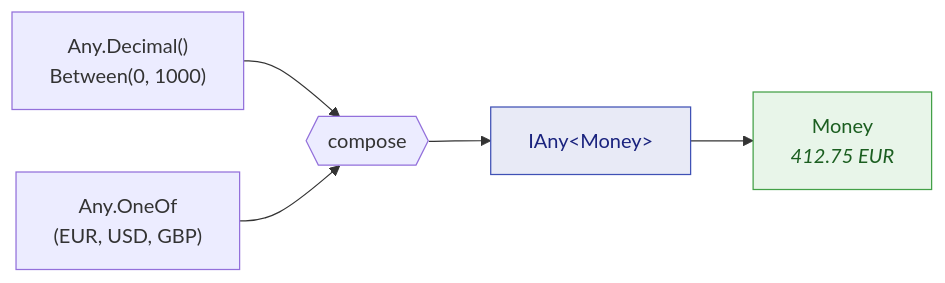
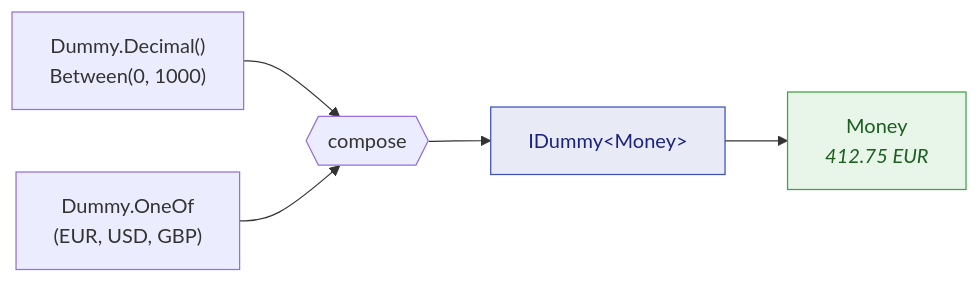
Before and after one commit to Reefact/just-dummies: the diagram in doc/handwritten/for-users/guides/composition.en.md, drawn with Mermaid. The commit also changed other lines of this file and 755 other files, not shown here.

````diff
--- a/doc/handwritten/for-users/guides/composition.en.md
+++ b/doc/handwritten/for-users/guides/composition.en.md
@@ -38,11 +38,11 @@
 ```mermaid
 flowchart LR
-    accTitle: How Any.Combine composes two generators into one
-    accDescr: A decimal generator bounded between 0 and 1000 and a choice among EUR, USD and GBP are composed into one IAny of Money, which draws a Money such as 412.75 EUR.
-    A["Any.Decimal()<br/>Between(0, 1000)"] --> C{{"compose"}}
-    B["Any.OneOf<br/>(EUR, USD, GBP)"] --> C
-    C --> M["IAny&lt;Money&gt;"]
+    accTitle: How Dummy.Combine composes two generators into one
+    accDescr: A decimal generator bounded between 0 and 1000 and a choice among EUR, USD and GBP are composed into one IDummy of Money, which draws a Money such as 412.75 EUR.
+    A["Dummy.Decimal()<br/>Between(0, 1000)"] --> C{{"compose"}}
+    B["Dummy.OneOf<br/>(EUR, USD, GBP)"] --> C
+    C --> M["IDummy&lt;Money&gt;"]
     M --> V["Money<br/><i>412.75 EUR</i>"]
     style M fill:#e8eaf6,stroke:#3f51b5,color:#1a237e
     style V fill:#e8f5e9,stroke:#43a047,color:#1b5e20
 ```
````
